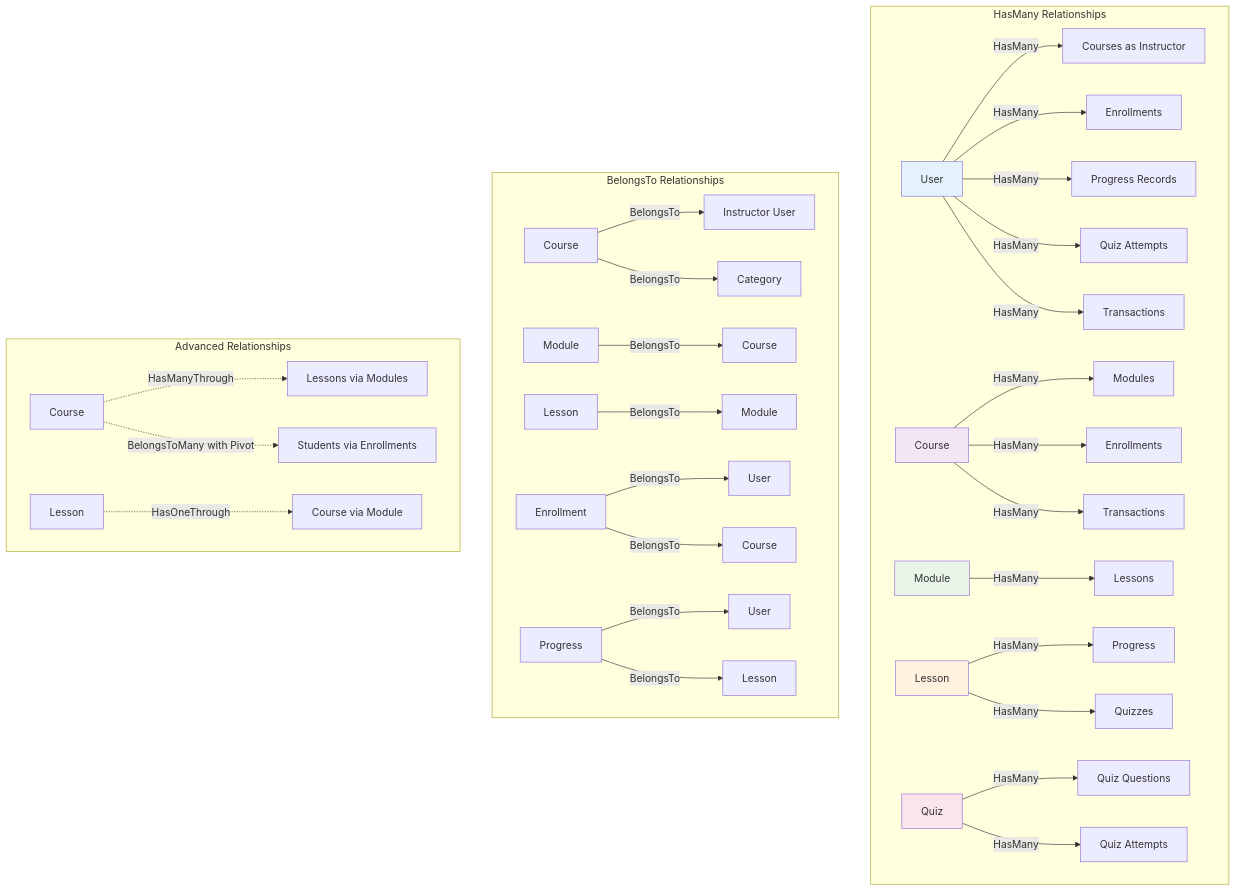
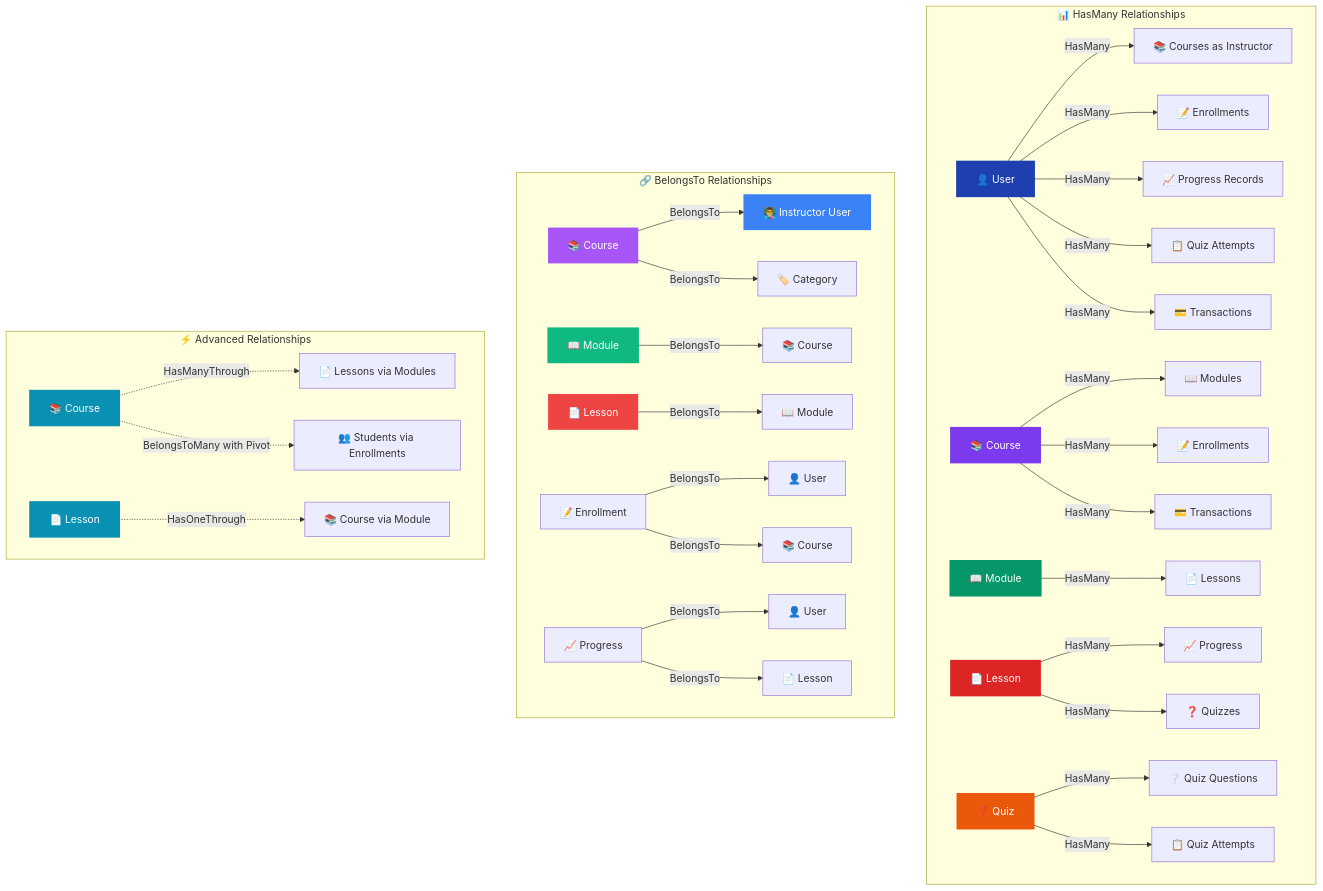
The second of 8 diagrams in README.md (Shakhoyat/learning_management_system), drawn with Mermaid before and after one commit. The commit also changed other lines of this file, not shown here.

````diff
--- a/README.md
+++ b/README.md
@@ -310,47 +325,55 @@
 ```mermaid
 graph TB
-    subgraph HMR ["HasMany Relationships"]
-        U1[User] -->|HasMany| C1[Courses as Instructor]
-        U1 -->|HasMany| E1[Enrollments]
-        U1 -->|HasMany| P1[Progress Records]
-        U1 -->|HasMany| QA1[Quiz Attempts]
-        U1 -->|HasMany| T1[Transactions]
+    subgraph HMR ["📊 HasMany Relationships"]
+        U1[👤 User] -->|HasMany| C1[📚 Courses as Instructor]
+        U1 -->|HasMany| E1[📝 Enrollments]
+        U1 -->|HasMany| P1[📈 Progress Records]
+        U1 -->|HasMany| QA1[📋 Quiz Attempts]
+        U1 -->|HasMany| T1[💳 Transactions]
         
-        C2[Course] -->|HasMany| M1[Modules]
-        C2 -->|HasMany| E2[Enrollments]
-        C2 -->|HasMany| T2[Transactions]
+        C2[📚 Course] -->|HasMany| M1[📖 Modules]
+        C2 -->|HasMany| E2[📝 Enrollments]
+        C2 -->|HasMany| T2[💳 Transactions]
         
-        M2[Module] -->|HasMany| L1[Lessons]
-        L2[Lesson] -->|HasMany| P2[Progress]
-        L2 -->|HasMany| Q1[Quizzes]
+        M2[📖 Module] -->|HasMany| L1[📄 Lessons]
+        L2[📄 Lesson] -->|HasMany| P2[📈 Progress]
+        L2 -->|HasMany| Q1[❓ Quizzes]
         
-        Q2[Quiz] -->|HasMany| QQ1[Quiz Questions]
-        Q2 -->|HasMany| QA2[Quiz Attempts]
+        Q2[❓ Quiz] -->|HasMany| QQ1[❔ Quiz Questions]
+        Q2 -->|HasMany| QA2[📋 Quiz Attempts]
     end
     
-    subgraph BTR ["BelongsTo Relationships"]
-        C3[Course] -->|BelongsTo| U2[Instructor User]
-        C3 -->|BelongsTo| CAT1[Category]
+    subgraph BTR ["🔗 BelongsTo Relationships"]
+        C3[📚 Course] -->|BelongsTo| U2[👨‍🏫 Instructor User]
+        C3 -->|BelongsTo| CAT1[🏷️ Category]
         
-        M3[Module] -->|BelongsTo| C4[Course]
-        L3[Lesson] -->|BelongsTo| M4[Module]
+        M3[📖 Module] -->|BelongsTo| C4[📚 Course]
+        L3[📄 Lesson] -->|BelongsTo| M4[📖 Module]
         
-        E3[Enrollment] -->|BelongsTo| U3[User]
-        E3 -->|BelongsTo| C5[Course]
+        E3[📝 Enrollment] -->|BelongsTo| U3[👤 User]
+        E3 -->|BelongsTo| C5[📚 Course]
         
-        P3[Progress] -->|BelongsTo| U4[User]
-        P3 -->|BelongsTo| L4[Lesson]
+        P3[📈 Progress] -->|BelongsTo| U4[👤 User]
+        P3 -->|BelongsTo| L4[📄 Lesson]
     end
     
-    subgraph AR ["Advanced Relationships"]
-        C6[Course] -.->|HasManyThrough| L5[Lessons via Modules]
-        C6 -.->|BelongsToMany with Pivot| U5[Students via Enrollments]
-        L6[Lesson] -.->|HasOneThrough| C7[Course via Module]
+    subgraph AR ["⚡ Advanced Relationships"]
+        C6[📚 Course] -.->|HasManyThrough| L5[📄 Lessons via Modules]
+        C6 -.->|BelongsToMany with Pivot| U5[👥 Students via Enrollments]
+        L6[📄 Lesson] -.->|HasOneThrough| C7[📚 Course via Module]
     end
     
-    style U1 fill:#e3f2fd
-    style C2 fill:#f3e5f5
-    style M2 fill:#e8f5e8
-    style L2 fill:#fff3e0
-    style Q2 fill:#fce4ec
+    style U1 fill:#1e40af,stroke:#1e40af,stroke-width:3px,color:#fff
+    style C2 fill:#7c3aed,stroke:#7c3aed,stroke-width:3px,color:#fff
+    style M2 fill:#059669,stroke:#059669,stroke-width:3px,color:#fff
+    style L2 fill:#dc2626,stroke:#dc2626,stroke-width:3px,color:#fff
+    style Q2 fill:#ea580c,stroke:#ea580c,stroke-width:3px,color:#fff
+    
+    style U2 fill:#3b82f6,stroke:#3b82f6,stroke-width:2px,color:#fff
+    style C3 fill:#a855f7,stroke:#a855f7,stroke-width:2px,color:#fff
+    style M3 fill:#10b981,stroke:#10b981,stroke-width:2px,color:#fff
+    style L3 fill:#ef4444,stroke:#ef4444,stroke-width:2px,color:#fff
+    
+    style C6 fill:#0891b2,stroke:#0891b2,stroke-width:3px,color:#fff
+    style L6 fill:#0891b2,stroke:#0891b2,stroke-width:3px,color:#fff
 ```
````
